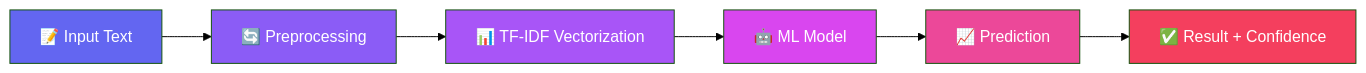
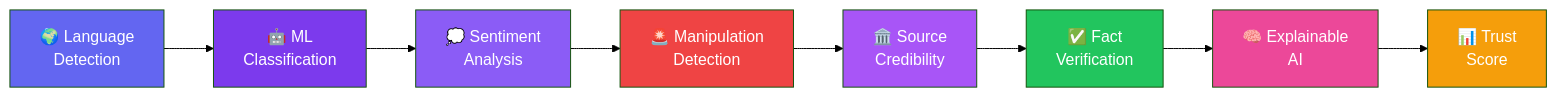
The diagram in README.md (The-ChandanKV/Fake-news-prediction-ML-model), drawn with Mermaid (forest theme) before and after one commit. The commit also changed other lines of this file and 25 other files, not shown here.

````diff
--- a/README.md
+++ b/README.md
@@ -301,15 +69,19 @@
 ```mermaid
 graph LR
-    A[📝 Input Text] --> B[🔄 Preprocessing]
-    B --> C[📊 TF-IDF Vectorization]
-    C --> D[🤖 ML Model]
-    D --> E[📈 Prediction]
-    E --> F[✅ Result + Confidence]
-    
+    A["🌍 Language<br>Detection"] --> B["🤖 ML<br>Classification"]
+    B --> C["💭 Sentiment<br>Analysis"]
+    C --> D["🚨 Manipulation<br>Detection"]
+    D --> E["🏛️ Source<br>Credibility"]
+    E --> F["✅ Fact<br>Verification"]
+    F --> G["🧠 Explainable<br>AI"]
+    G --> H["📊 Trust<br>Score"]
+
     style A fill:#6366F1,color:#fff
-    style B fill:#8B5CF6,color:#fff
-    style C fill:#A855F7,color:#fff
-    style D fill:#D946EF,color:#fff
-    style E fill:#EC4899,color:#fff
-    style F fill:#F43F5E,color:#fff
+    style B fill:#7c3aed,color:#fff
+    style C fill:#8B5CF6,color:#fff
+    style D fill:#ef4444,color:#fff
+    style E fill:#A855F7,color:#fff
+    style F fill:#22c55e,color:#fff
+    style G fill:#EC4899,color:#fff
+    style H fill:#f59e0b,color:#fff
 ```
````
